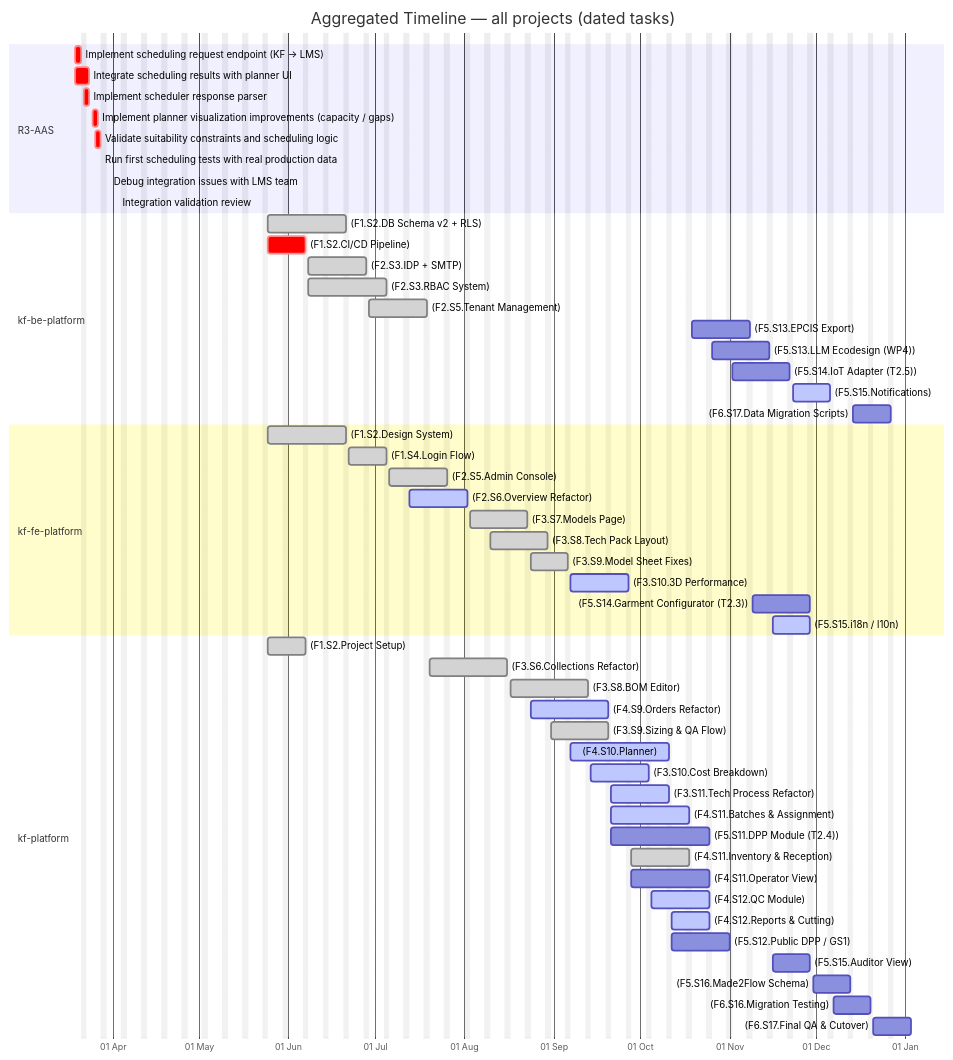
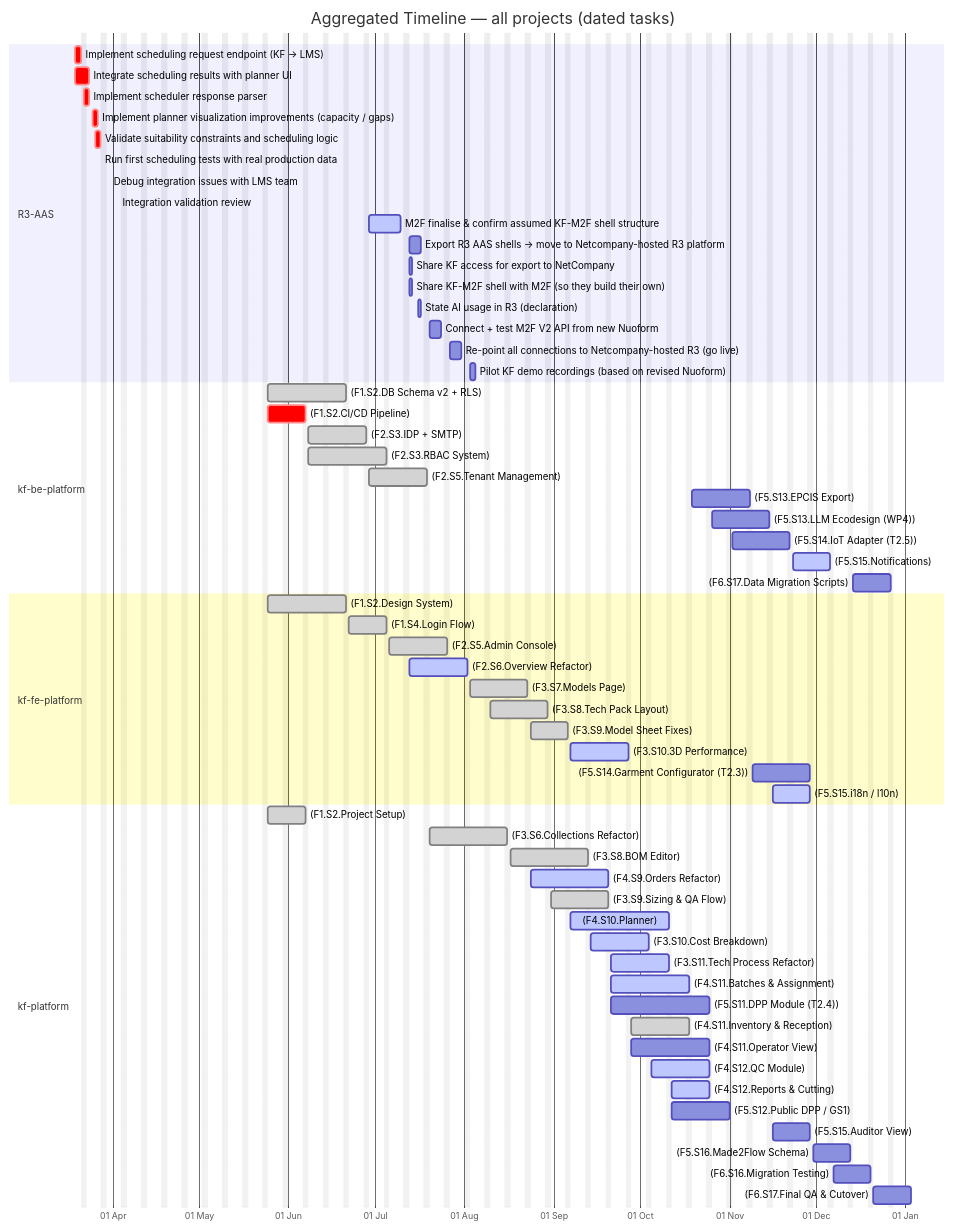
One commit to Katty-Fashion/kf-cpto changed the third of 6 diagrams in docs/unified-calendar.md. Above: the diagram before and after it, drawn with Mermaid. The commit also changed other lines of this file and 12 other files, not shown here.

````diff
--- a/docs/unified-calendar.md
+++ b/docs/unified-calendar.md
@@ -53,59 +53,67 @@
 ```mermaid
 gantt
     title Aggregated Timeline — all projects (dated tasks)
     dateFormat YYYY-MM-DD
     axisFormat %d %b
     excludes weekends
 
     section R3-AAS
     Implement scheduling request endpoint (KF → LMS) :crit, 2026-03-19, 2026-03-21
     Integrate scheduling results with planner UI :crit, 2026-03-19, 2026-03-24
     Implement scheduler response parser :crit, 2026-03-22, 2026-03-24
     Implement planner visualization improvements (capacity / gaps) :crit, 2026-03-25, 2026-03-27
     Validate suitability constraints and scheduling logic :crit, 2026-03-26, 2026-03-28
     Run first scheduling tests with real production data :crit, 2026-03-28, 2026-03-28
     Debug integration issues with LMS team :crit, 2026-03-31, 2026-03-31
     Integration validation review :crit, 2026-04-03, 2026-04-03
+    M2F finalise & confirm assumed KF-M2F shell structure :active, 2026-06-29, 2026-07-10
+    Export R3 AAS shells → move to Netcompany-hosted R3 platform :2026-07-13, 2026-07-17
+    Share KF access for export to NetCompany :2026-07-13, 2026-07-14
+    Share KF-M2F shell with M2F (so they build their own) :2026-07-13, 2026-07-14
+    State AI usage in R3 (declaration) :2026-07-16, 2026-07-17
+    Connect + test M2F V2 API from new Nuoform :2026-07-20, 2026-07-24
+    Re-point all connections to Netcompany-hosted R3 (go live) :2026-07-27, 2026-07-31
+    Pilot KF demo recordings (based on revised Nuoform) :2026-08-03, 2026-08-05
     section kf-be-platform
     (F1.S2.DB Schema v2 + RLS) :done, 2026-05-25, 2026-06-21
     (F1.S2.CI/CD Pipeline) :crit, 2026-05-25, 2026-06-07
     (F2.S3.IDP + SMTP) :done, 2026-06-08, 2026-06-28
     (F2.S3.RBAC System) :done, 2026-06-08, 2026-07-05
     (F2.S5.Tenant Management) :done, 2026-06-29, 2026-07-19
     (F5.S13.EPCIS Export) :2026-10-19, 2026-11-08
     (F5.S13.LLM Ecodesign (WP4)) :2026-10-26, 2026-11-15
     (F5.S14.IoT Adapter (T2.5)) :2026-11-02, 2026-11-22
     (F5.S15.Notifications) :active, 2026-11-23, 2026-12-06
     (F6.S17.Data Migration Scripts) :2026-12-14, 2026-12-27
     section kf-fe-platform
     (F1.S2.Design System) :done, 2026-05-25, 2026-06-21
     (F1.S4.Login Flow) :done, 2026-06-22, 2026-07-05
     (F2.S5.Admin Console) :done, 2026-07-06, 2026-07-26
     (F2.S6.Overview Refactor) :active, 2026-07-13, 2026-08-02
     (F3.S7.Models Page) :done, 2026-08-03, 2026-08-23
     (F3.S8.Tech Pack Layout) :done, 2026-08-10, 2026-08-30
     (F3.S9.Model Sheet Fixes) :done, 2026-08-24, 2026-09-06
     (F3.S10.3D Performance) :active, 2026-09-07, 2026-09-27
     (F5.S14.Garment Configurator (T2.3)) :2026-11-09, 2026-11-29
     (F5.S15.i18n / l10n) :active, 2026-11-16, 2026-11-29
     section kf-platform
     (F1.S2.Project Setup) :done, 2026-05-25, 2026-06-07
     (F3.S6.Collections Refactor) :done, 2026-07-20, 2026-08-16
     (F3.S8.BOM Editor) :done, 2026-08-17, 2026-09-13
     (F4.S9.Orders Refactor) :active, 2026-08-24, 2026-09-20
     (F3.S9.Sizing & QA Flow) :done, 2026-08-31, 2026-09-20
     (F4.S10.Planner) :active, 2026-09-07, 2026-10-11
     (F3.S10.Cost Breakdown) :active, 2026-09-14, 2026-10-04
     (F3.S11.Tech Process Refactor) :active, 2026-09-21, 2026-10-11
     (F4.S11.Batches & Assignment) :active, 2026-09-21, 2026-10-18
     (F5.S11.DPP Module (T2.4)) :2026-09-21, 2026-10-25
     (F4.S11.Inventory & Reception) :done, 2026-09-28, 2026-10-18
     (F4.S11.Operator View) :2026-09-28, 2026-10-25
     (F4.S12.QC Module) :active, 2026-10-05, 2026-10-25
     (F4.S12.Reports & Cutting) :active, 2026-10-12, 2026-10-25
     (F5.S12.Public DPP / GS1) :2026-10-12, 2026-11-01
     (F5.S15.Auditor View) :2026-11-16, 2026-11-29
     (F5.S16.Made2Flow Schema) :2026-11-30, 2026-12-13
     (F6.S16.Migration Testing) :2026-12-07, 2026-12-20
     (F6.S17.Final QA & Cutover) :2026-12-21, 2027-01-03
 ```
````
